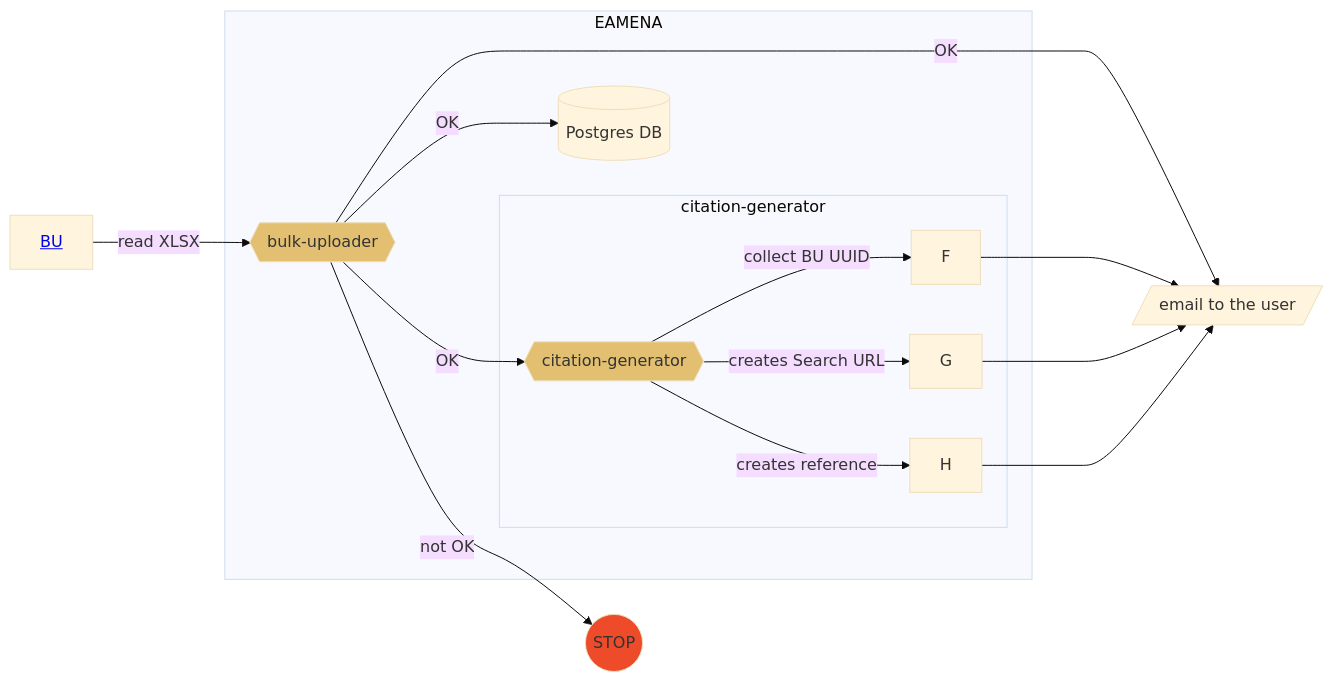
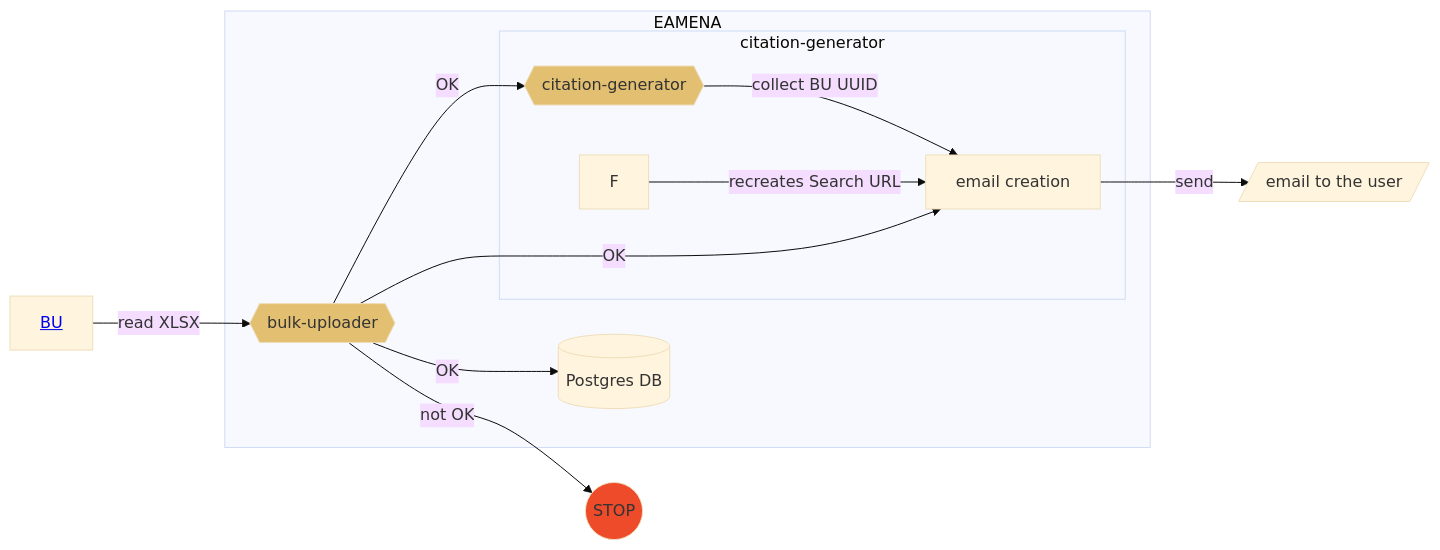
The first of 2 diagrams in data/bibref/README.md (eamena-project/eamena-arches-dev), drawn with Mermaid (base theme) before and after one commit. The commit also changed other lines of this file, not shown here.

````diff
--- a/data/bibref/README.md
+++ b/data/bibref/README.md
@@ -11,18 +9,17 @@
 ```mermaid
 flowchart LR
 	A[<a href='https://github.com/eamena-project/eamena-arches-dev/blob/main/dbs/database.eamena/docs/notes/Arches%207%20Upgrade.md#splitchunk'>BU</a>] --read XLSX--> B{{bulk-uploader}}:::eamenaFunc;
 	subgraph EAMENA
 	B -- OK --> C[(Postgres DB)];
 	B -- OK --> E{{citation-generator}}:::eamenaFunc;
 		subgraph citation-generator
-		E -- collect BU UUID --> F;
-		E -- creates Search URL --> G;
-		E -- creates reference --> H;
+		E -- collect BU UUID --> H;
+		F -- recreates Search URL --> H;
 		end
 	end
-	B -- OK --> I[/email to the user/];
-	F & G & H ---> I;
+	B -- OK --> H[email creation]
+	H -- send --> I[/email to the user/];
 	B -- not OK --> D((STOP)):::stop;
 	classDef eamenaFunc fill:#e3c071;
 	classDef stop fill:#EE4B2B;
 ```
````
